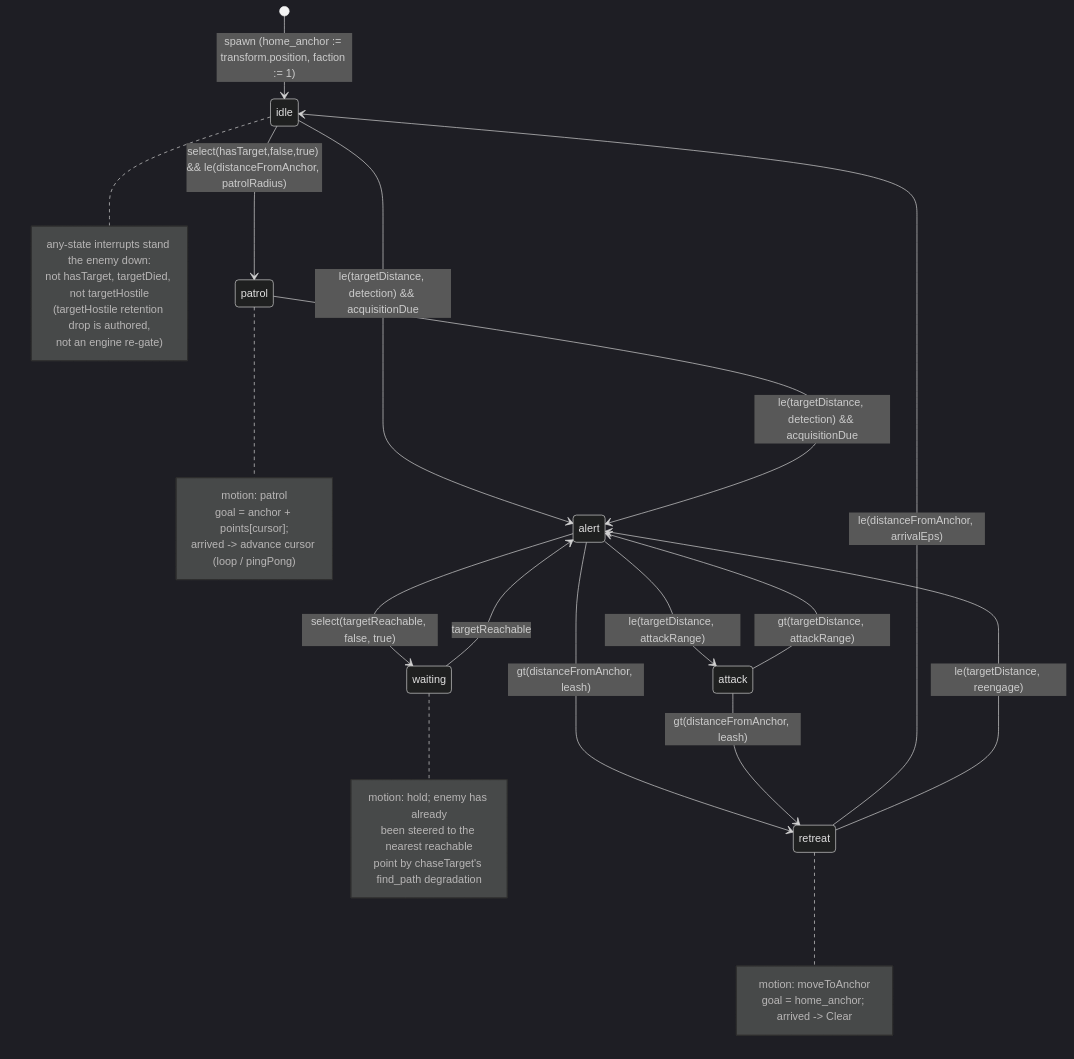
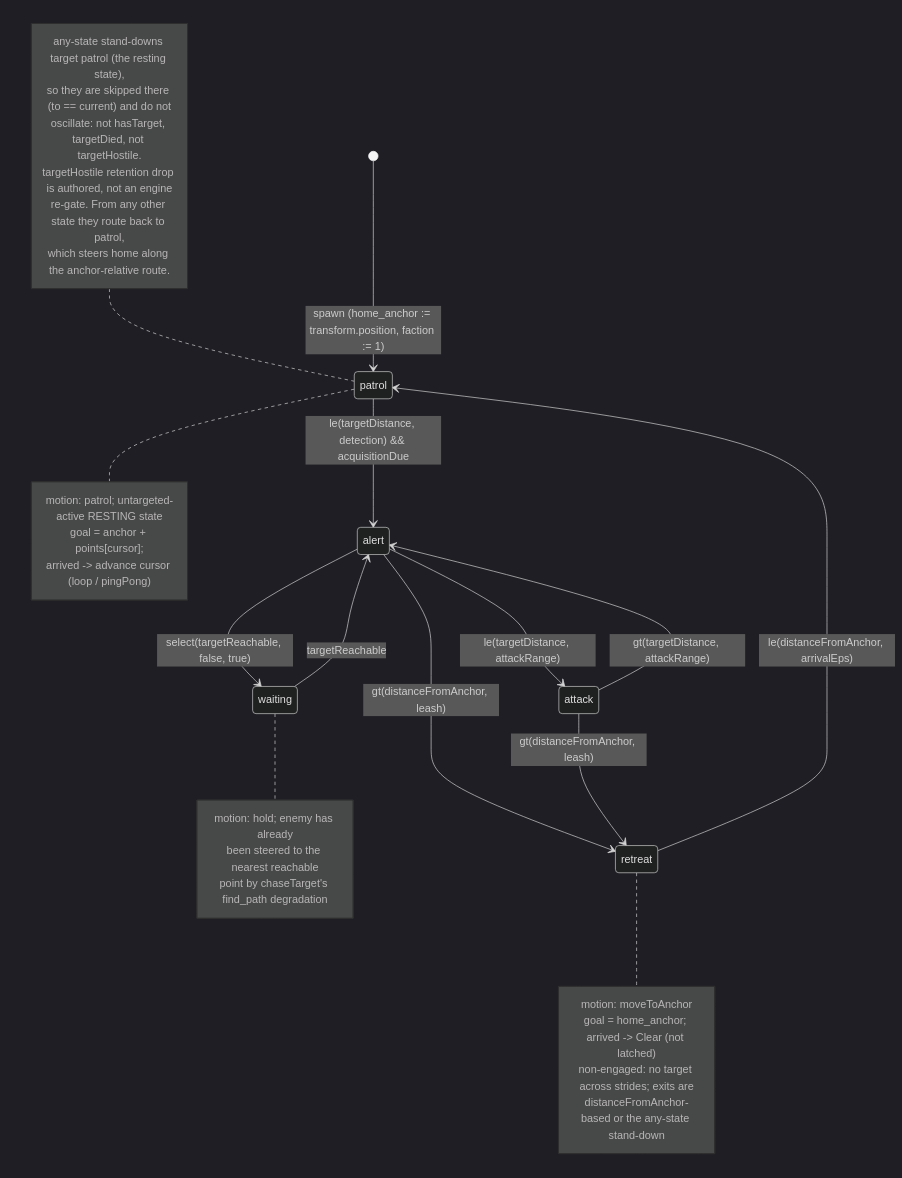
One commit to majtom2grndctrl/postretro changed the first of 2 diagrams in context/plans/drafts/E10--enemy-behavior-descriptor-syntax/research.md. Above: the diagram before and after it, drawn with Mermaid (dark theme). The commit also changed other lines of this file and 1 other file, not shown here.

````diff
--- a/context/plans/drafts/E10--enemy-behavior-descriptor-syntax/research.md
+++ b/context/plans/drafts/E10--enemy-behavior-descriptor-syntax/research.md
@@ -133,35 +156,36 @@
 ```mermaid
 stateDiagram-v2
-    [*] --> idle : spawn (home_anchor := transform.position, faction := 1)
-    idle --> alert : le(targetDistance, detection) && acquisitionDue
+    [*] --> patrol : spawn (home_anchor := transform.position, faction := 1)
+    patrol --> alert : le(targetDistance, detection) && acquisitionDue
     alert --> attack : le(targetDistance, attackRange)
     attack --> alert : gt(targetDistance, attackRange)
     alert --> retreat : gt(distanceFromAnchor, leash)
     attack --> retreat : gt(distanceFromAnchor, leash)
-    retreat --> idle : le(distanceFromAnchor, arrivalEps)
-    retreat --> alert : le(targetDistance, reengage)
+    retreat --> patrol : le(distanceFromAnchor, arrivalEps)
     alert --> waiting : select(targetReachable, false, true)
     waiting --> alert : targetReachable
-    idle --> patrol : select(hasTarget,false,true) && le(distanceFromAnchor, patrolRadius)
-    patrol --> alert : le(targetDistance, detection) && acquisitionDue
     note right of retreat
       motion: moveToAnchor
-      goal = home_anchor; arrived -> Clear
+      goal = home_anchor; arrived -> Clear (not latched)
+      non-engaged: no target across strides; exits are
+      distanceFromAnchor-based or the any-state stand-down
     end note
     note right of patrol
-      motion: patrol
+      motion: patrol; untargeted-active RESTING state
       goal = anchor + points[cursor];
       arrived -> advance cursor (loop / pingPong)
     end note
     note right of waiting
       motion: hold; enemy has already
       been steered to the nearest reachable
       point by chaseTarget's find_path degradation
     end note
-    note right of idle
-      any-state interrupts stand the enemy down:
-      not hasTarget, targetDied, not targetHostile
-      (targetHostile retention drop is authored,
-      not an engine re-gate)
+    note left of patrol
+      any-state stand-downs target patrol (the resting state),
+      so they are skipped there (to == current) and do not
+      oscillate: not hasTarget, targetDied, not targetHostile.
+      targetHostile retention drop is authored, not an engine
+      re-gate. From any other state they route back to patrol,
+      which steers home along the anchor-relative route.
     end note
 ```
````
